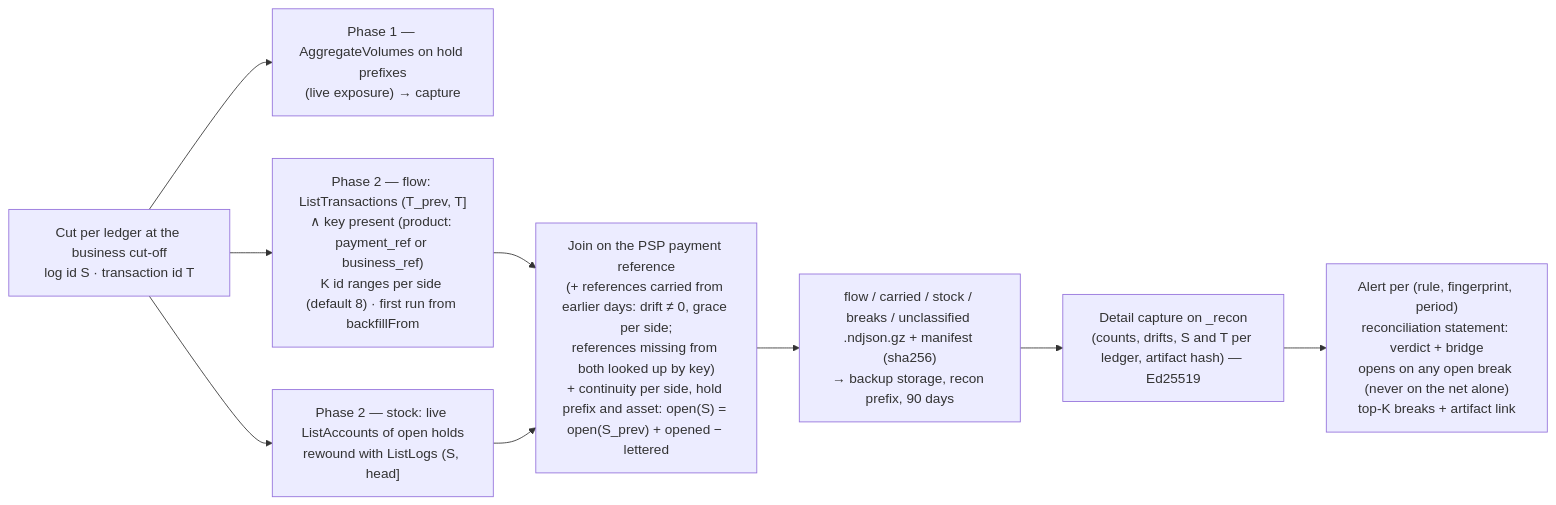
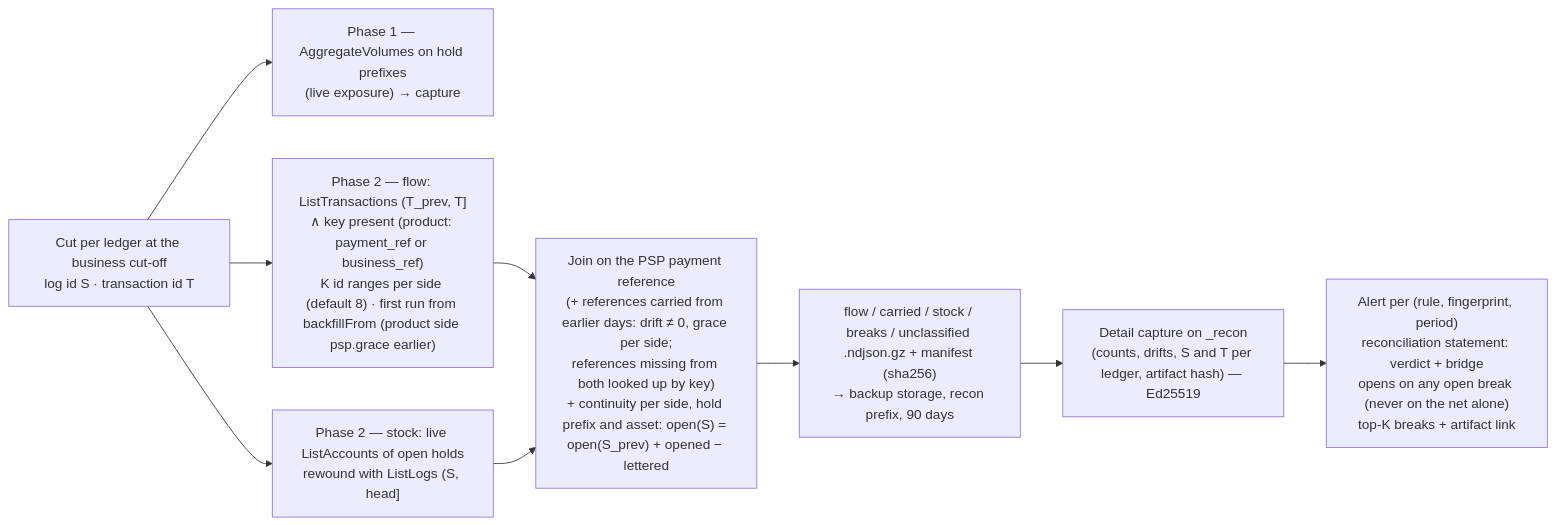
The ninth of 9 diagrams in docs/technical/workflows.md (formancehq/reconciliation), drawn with Mermaid before and after one commit. The commit also changed 2 other files, not shown here.

Commit message:
docs(recon): drop firstSide from the bridge and the first-run product lookup
- The bridge groups by class, outcome and earlier day only. firstSide stays
  on flow rows for analysis; the single earlier-day matched line's sign says
  which side caught up.
- The first run no longer looks up the product ledger by key. Its product
  window starts psp.grace before backfillFrom instead, which finds the
  applications that preceded their payment's final state.
- Decision 19 records both simplifications.

````diff
--- a/docs/technical/workflows.md
+++ b/docs/technical/workflows.md
@@ -326,11 +326,11 @@
 ```mermaid
 flowchart LR
     Cut["Cut per ledger at the business cut-off<br/>log id S · transaction id T"] --> Agg["Phase 1 — AggregateVolumes on hold prefixes<br/>(live exposure) → capture"]
-    Cut --> Flow["Phase 2 — flow: ListTransactions (T_prev, T]<br/>∧ key present (product: payment_ref or business_ref)<br/>K id ranges per side (default 8) · first run from backfillFrom"]
+    Cut --> Flow["Phase 2 — flow: ListTransactions (T_prev, T]<br/>∧ key present (product: payment_ref or business_ref)<br/>K id ranges per side (default 8) · first run from backfillFrom (product side psp.grace earlier)"]
     Cut --> Stock["Phase 2 — stock: live ListAccounts of open holds<br/>rewound with ListLogs (S, head]"]
     Flow --> Join["Join on the PSP payment reference<br/>(+ references carried from earlier days: drift ≠ 0, grace per side;<br/>references missing from both looked up by key)<br/>+ continuity per side, hold prefix and asset: open(S) = open(S_prev) + opened − lettered"]
     Stock --> Join
     Join --> Art["flow / carried / stock / breaks / unclassified .ndjson.gz + manifest (sha256)<br/>→ backup storage, recon prefix, 90 days"]
     Art --> Cap["Detail capture on _recon<br/>(counts, drifts, S and T per ledger, artifact hash) — Ed25519"]
     Cap --> Alert["Alert per (rule, fingerprint, period)<br/>reconciliation statement: verdict + bridge<br/>opens on any open break (never on the net alone)<br/>top-K breaks + artifact link"]
 ```
````
